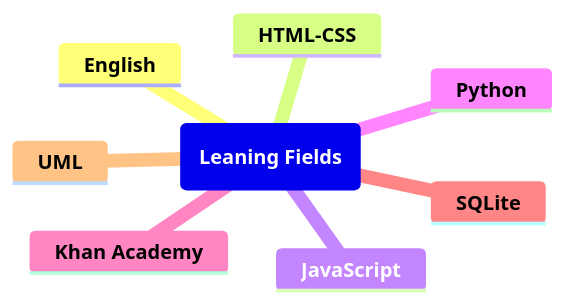
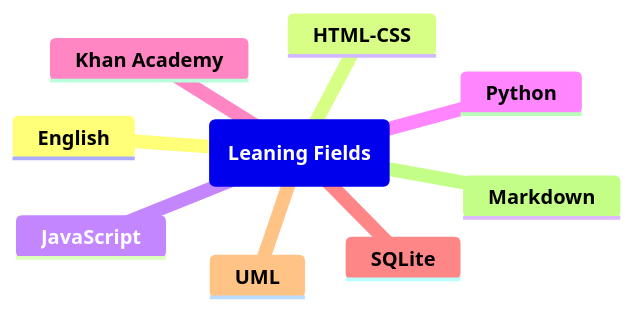
One commit to MarvinSilcGit/Learning changed the diagram in README.md. Above: the diagram before and after it, drawn with Mermaid. The commit also changed other lines of this file, not shown here.

````diff
--- a/README.md
+++ b/README.md
@@ -4,12 +4,13 @@
 ```mermaid
 mindmap
   root(**Leaning Fields**)
     **English**
     **HTML-CSS**
     **JavaScript**
     **Python**
     **Khan Academy**
     **SQLite**
     **UML**
+    **Markdown**
     
 ```
````
